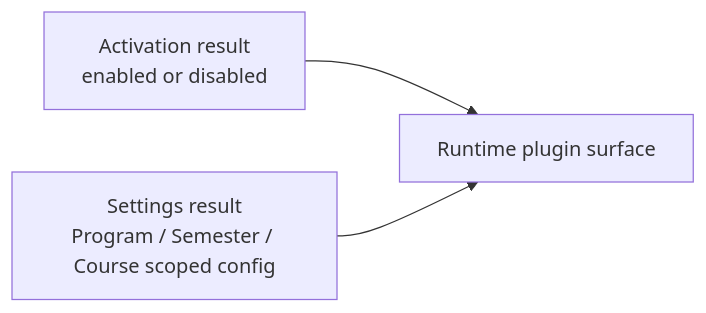
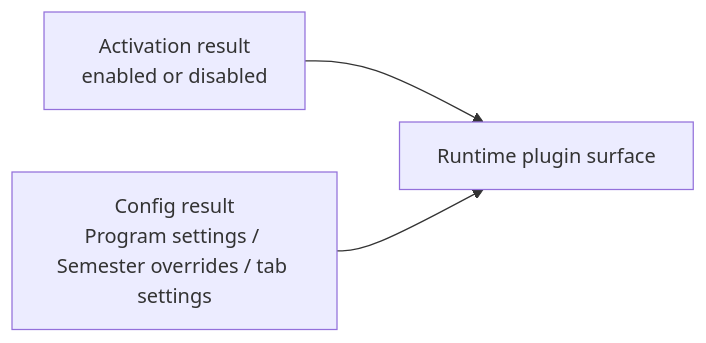
The fourth of 5 diagrams in docs/plugin-inheritance-architecture.md (jinyuanZhou-Leo/Semestra), drawn with Mermaid before and after one commit. The commit also changed other lines of this file and 88 other files, not shown here.

````diff
--- a/docs/plugin-inheritance-architecture.md
+++ b/docs/plugin-inheritance-architecture.md
@@ -259,7 +263,7 @@
 ```mermaid
 flowchart LR
     Activation["Activation result
 enabled or disabled"] --> Runtime["Runtime plugin surface"]
-    Settings["Settings result
-Program / Semester / Course scoped config"] --> Runtime
+    Settings["Config result
+Program settings / Semester overrides / tab settings"] --> Runtime
 ```
````
